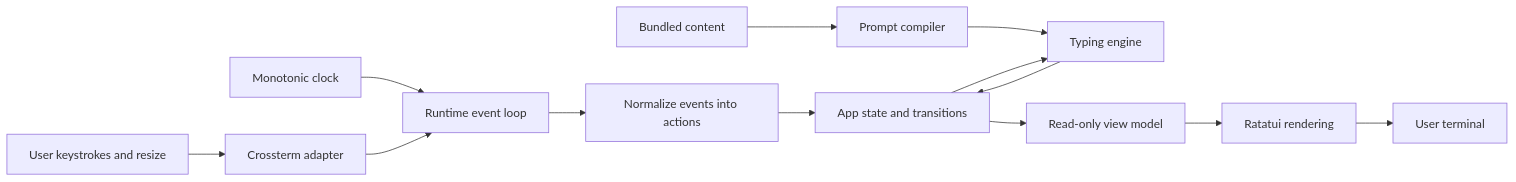
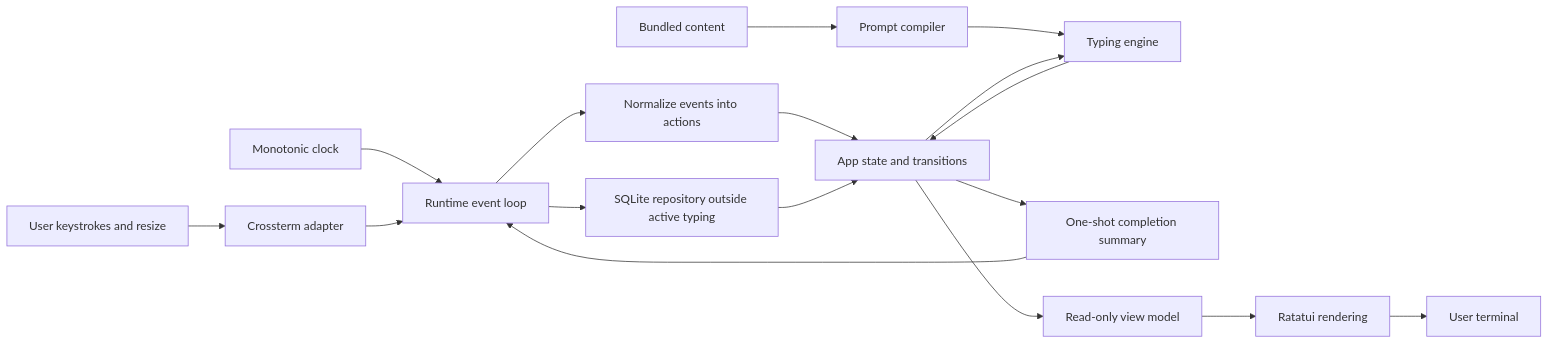
The first of 7 diagrams in system-design.md (alok-karwasara/monkeytype-tui), drawn with Mermaid before and after one commit. The commit also changed other lines of this file and 30 other files, not shown here.

````diff
--- a/system-design.md
+++ b/system-design.md
@@ -115,15 +120,19 @@
 ```mermaid
 flowchart LR
     User[User keystrokes and resize] --> Terminal[Crossterm adapter]
     Clock[Monotonic clock] --> Runtime[Runtime event loop]
     Terminal --> Runtime
     Runtime --> Actions[Normalize events into actions]
     Actions --> App[App state and transitions]
     Corpus[Bundled content] --> Prepare[Prompt compiler]
     Prepare --> Engine[Typing engine]
     App --> Engine
     Engine --> App
+    App --> Completed[One-shot completion summary]
+    Completed --> Runtime
+    Runtime --> History[SQLite repository outside active typing]
+    History --> App
     App --> View[Read-only view model]
     View --> Renderer[Ratatui rendering]
     Renderer --> Screen[User terminal]
 ```
````
